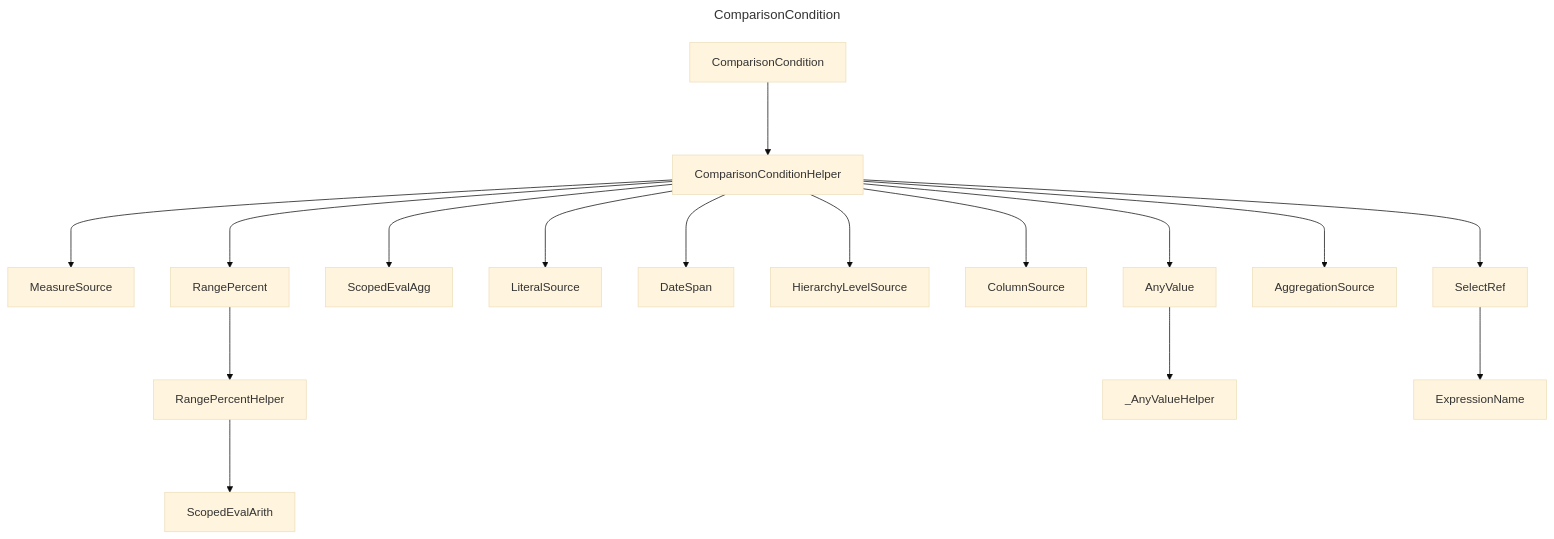
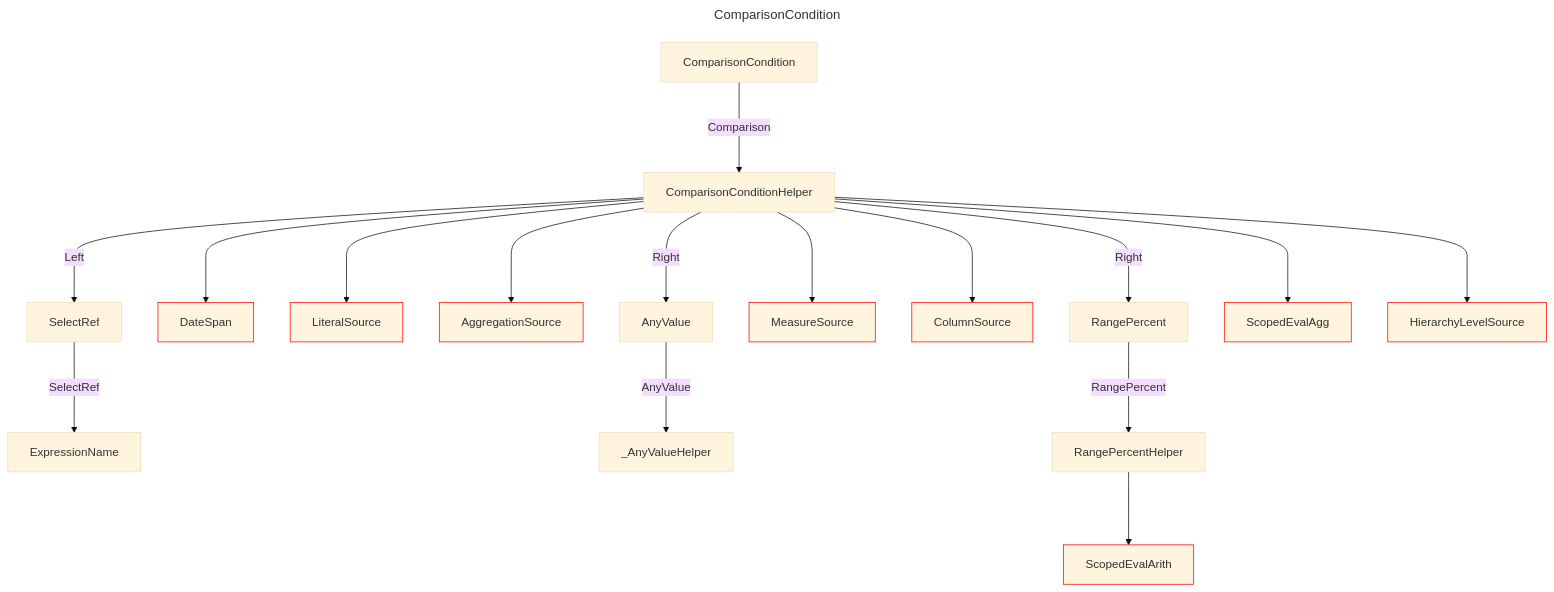
The diagram in docs/docs/layout/erd/ComparisonCondition.md (douglassimonsen/pbi_core), drawn with Mermaid (base theme) before and after one commit. The commit also changed 77 other files, not shown here.

Commit message:
Updated to color code the layout ERD

````diff
--- a/docs/docs/layout/erd/ComparisonCondition.md
+++ b/docs/docs/layout/erd/ComparisonCondition.md
@@ -1,37 +1,45 @@
 ```mermaid
 ---
 title: ComparisonCondition
 ---
 graph 
-2721642009152["MeasureSource"]
-2721642086256["RangePercent"]
-2721642007200["ScopedEvalAgg"]
-2721642022816["LiteralSource"]
-2721642080400["RangePercentHelper"]
-2721642076496["DateSpan"]
-2721642091136["ComparisonConditionHelper"]
-2721642056976["_AnyValueHelper"]
-2721642012080["HierarchyLevelSource"]
-2721642030624["ScopedEvalArith"]
-2721642095040["ComparisonCondition"]
-2721642014032["ColumnSource"]
-2721642059904["AnyValue"]
-2721642013056["ExpressionName"]
-2721642003296["AggregationSource"]
-2721642016960["SelectRef"]
-2721642095040 ---> 2721642091136
-2721642091136 ---> 2721642059904
-2721642016960 ---> 2721642013056
-2721642091136 ---> 2721642022816
-2721642091136 ---> 2721642012080
-2721642086256 ---> 2721642080400
-2721642091136 ---> 2721642086256
-2721642091136 ---> 2721642003296
-2721642091136 ---> 2721642014032
-2721642059904 ---> 2721642056976
-2721642091136 ---> 2721642076496
-2721642080400 ---> 2721642030624
-2721642091136 ---> 2721642009152
-2721642091136 ---> 2721642007200
-2721642091136 ---> 2721642016960
+2430071874368["ComparisonCondition"]
+2430071826544["AnyValue"]
+2430071852896["DateSpan"]
+style 2430071852896 stroke:#ff0000,stroke-width:1px
+2430071816784["LiteralSource"]
+style 2430071816784 stroke:#ff0000,stroke-width:1px
+2430071366800["ExpressionName"]
+2430071358016["AggregationSource"]
+style 2430071358016 stroke:#ff0000,stroke-width:1px
+2430071858752["RangePercent"]
+2430071837280["_AnyValueHelper"]
+2430071359968["MeasureSource"]
+style 2430071359968 stroke:#ff0000,stroke-width:1px
+2430071365824["ColumnSource"]
+style 2430071365824 stroke:#ff0000,stroke-width:1px
+2430071356064["SelectRef"]
+2430071848992["ComparisonConditionHelper"]
+2430071371680["ScopedEvalAgg"]
+style 2430071371680 stroke:#ff0000,stroke-width:1px
+2430071848016["RangePercentHelper"]
+2430071376560["ScopedEvalArith"]
+style 2430071376560 stroke:#ff0000,stroke-width:1px
+2430071363872["HierarchyLevelSource"]
+style 2430071363872 stroke:#ff0000,stroke-width:1px
+2430071848992 --->|Right| 2430071826544
+2430071848992 ---> 2430071363872
+2430071848992 ---> 2430071358016
+2430071848992 ---> 2430071852896
+2430071848992 ---> 2430071816784
+2430071848992 --->|Left| 2430071356064
+2430071356064 --->|SelectRef| 2430071366800
+2430071848992 --->|Right| 2430071858752
+2430071848016 ---> 2430071376560
+2430071848992 ---> 2430071365824
+2430071848992 ---> 2430071371680
+2430071848992 ---> 2430071359968
+2430071874368 --->|Comparison| 2430071848992
+2430071826544 --->|AnyValue| 2430071837280
+2430071858752 --->|RangePercent| 2430071848016
 ```
````
